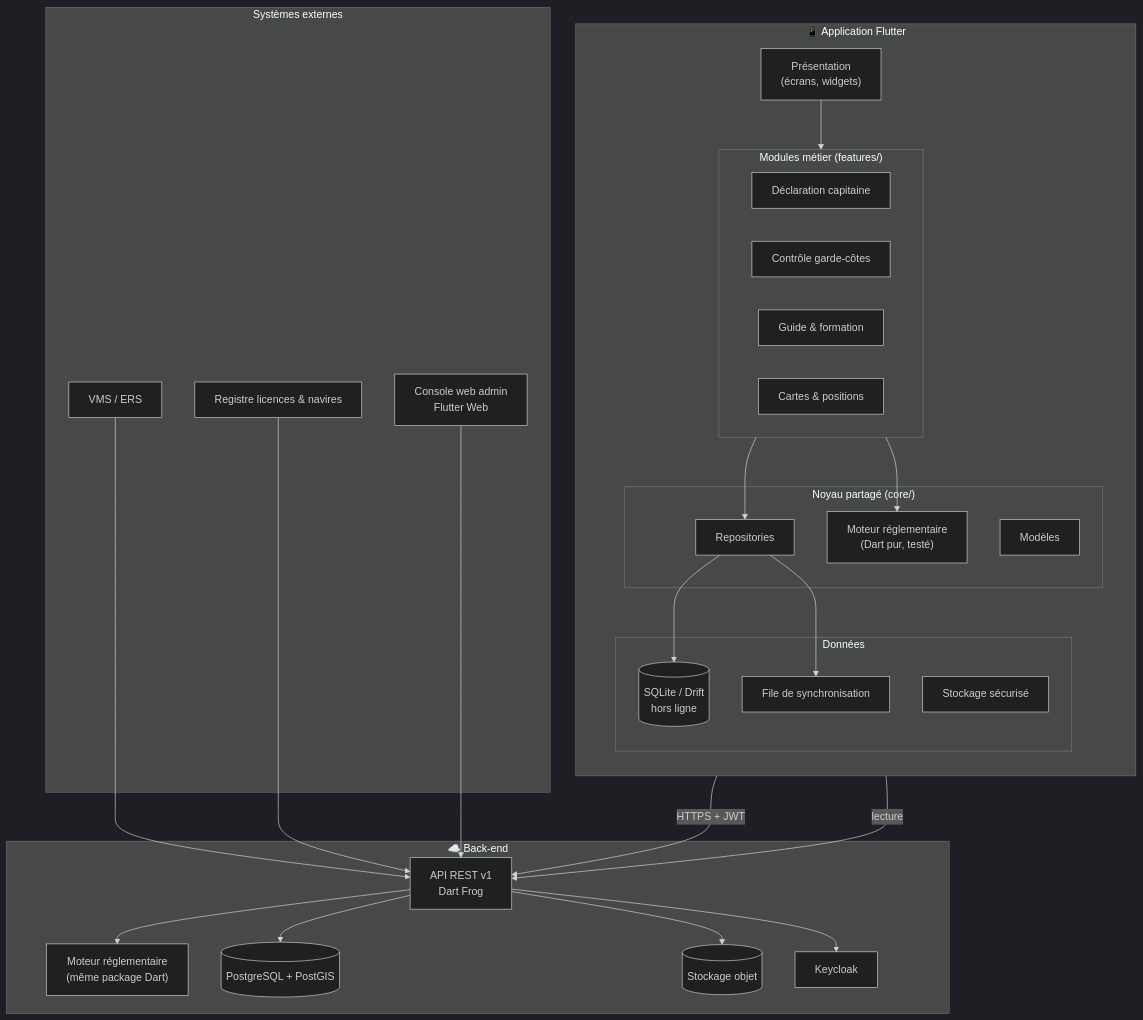
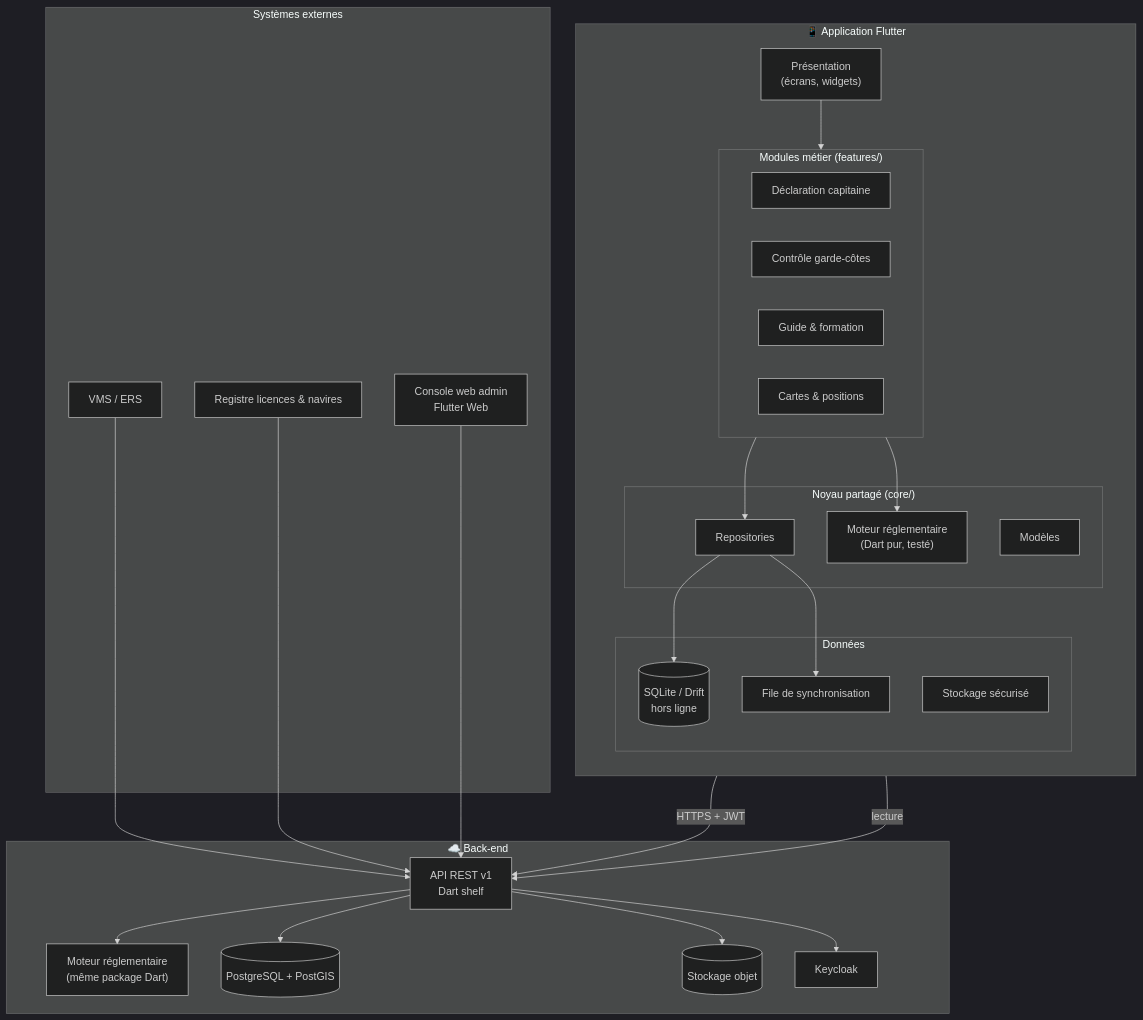
Before and after one commit to haderami001/daftari-legal: the first of 2 diagrams in peche_app/docs/PLAN_TECHNIQUE.md, drawn with Mermaid (dark theme). The commit also changed other lines of this file and 24 other files, not shown here.

````diff
--- a/peche_app/docs/PLAN_TECHNIQUE.md
+++ b/peche_app/docs/PLAN_TECHNIQUE.md
@@ -57,51 +57,51 @@
 ```mermaid
 flowchart TB
   subgraph Mobile["📱 Application Flutter"]
     direction TB
     UI["Présentation<br/>(écrans, widgets)"]
     subgraph Modules["Modules métier (features/)"]
       M1[Déclaration capitaine]
       M2[Contrôle garde-côtes]
       M3[Guide & formation]
       M4[Cartes & positions]
     end
     subgraph Core["Noyau partagé (core/)"]
       REG["Moteur réglementaire<br/>(Dart pur, testé)"]
       MOD[Modèles]
       REP["Repositories"]
     end
     subgraph Data["Données"]
       DB[(SQLite / Drift<br/>hors ligne)]
       Q[File de synchronisation]
       SEC[Stockage sécurisé]
     end
     UI --> Modules --> REP
     Modules --> REG
     REP --> DB
     REP --> Q
   end
 
   subgraph Serveur["☁️ Back-end"]
-    API[API REST v1<br/>Dart Frog]
+    API[API REST v1<br/>Dart shelf]
     REG2["Moteur réglementaire<br/>(même package Dart)"]
     PG[(PostgreSQL + PostGIS)]
     S3[(Stockage objet)]
     KC[Keycloak]
   end
 
   subgraph Externes["Systèmes externes"]
     VMS[VMS / ERS]
     LIC[Registre licences & navires]
     ADMIN[Console web admin<br/>Flutter Web]
   end
 
   Q -- HTTPS + JWT --> API
   REP -- lecture --> API
   API --> REG2
   API --> PG
   API --> S3
   API --> KC
   VMS --> API
   LIC --> API
   ADMIN --> API
 ```
````
